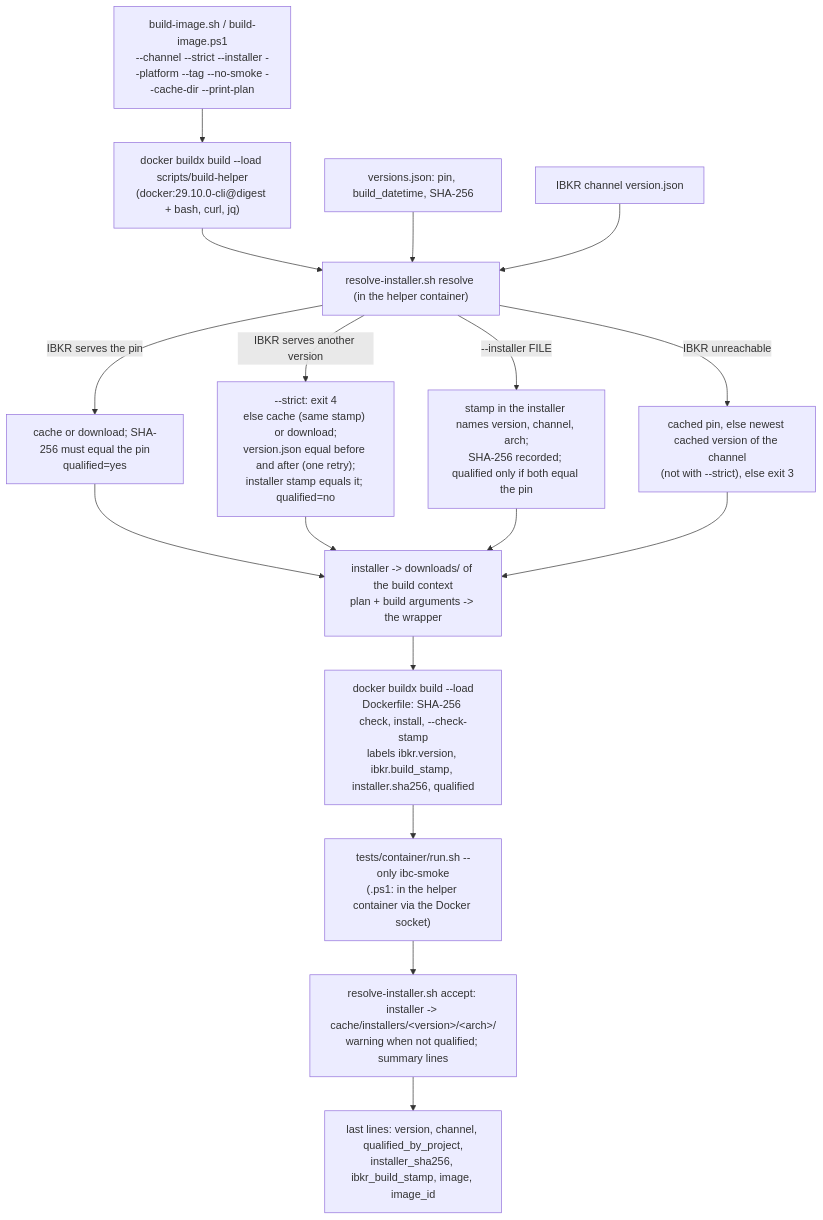
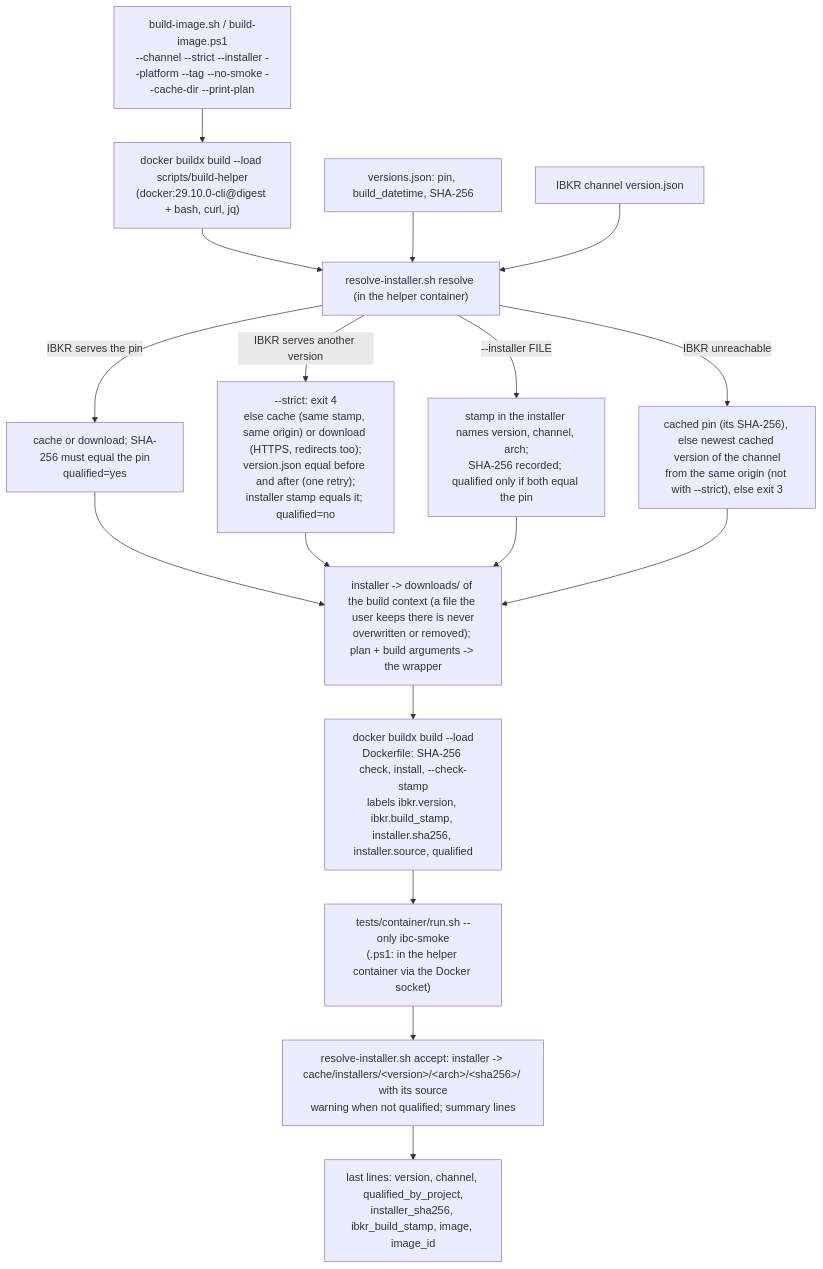
The second of 4 diagrams in docs/architecture.md (RocketEdge/brokersre-ib-gateway), drawn with Mermaid before and after one commit. The commit also changed 7 other files, not shown here.

````diff
--- a/docs/architecture.md
+++ b/docs/architecture.md
@@ -31,17 +31,17 @@
 ```mermaid
 flowchart TB
   user["build-image.sh / build-image.ps1<br/>--channel --strict --installer --platform --tag --no-smoke --cache-dir --print-plan"]
   user --> helperimg["docker buildx build --load scripts/build-helper<br/>(docker:29.10.0-cli@digest + bash, curl, jq)"]
   helperimg --> resolve["resolve-installer.sh resolve (in the helper container)"]
   vj["versions.json: pin, build_datetime, SHA-256"] --> resolve
   vjson["IBKR channel version.json"] --> resolve
   resolve -->|"IBKR serves the pin"| pin["cache or download; SHA-256 must equal the pin<br/>qualified=yes"]
-  resolve -->|"IBKR serves another version"| ff["--strict: exit 4<br/>else cache (same stamp) or download;<br/>version.json equal before and after (one retry);<br/>installer stamp equals it; qualified=no"]
+  resolve -->|"IBKR serves another version"| ff["--strict: exit 4<br/>else cache (same stamp, same origin) or download (HTTPS, redirects too);<br/>version.json equal before and after (one retry);<br/>installer stamp equals it; qualified=no"]
   resolve -->|"--installer FILE"| own["stamp in the installer names version, channel, arch;<br/>SHA-256 recorded; qualified only if both equal the pin"]
-  resolve -->|"IBKR unreachable"| off["cached pin, else newest cached version of the channel<br/>(not with --strict), else exit 3"]
-  pin & ff & own & off --> ctx["installer -> downloads/ of the build context<br/>plan + build arguments -> the wrapper"]
-  ctx --> build["docker buildx build --load<br/>Dockerfile: SHA-256 check, install, --check-stamp<br/>labels ibkr.version, ibkr.build_stamp, installer.sha256, qualified"]
+  resolve -->|"IBKR unreachable"| off["cached pin (its SHA-256), else newest cached version of the channel<br/>from the same origin (not with --strict), else exit 3"]
+  pin & ff & own & off --> ctx["installer -> downloads/ of the build context (a file the user keeps there is never<br/>overwritten or removed); plan + build arguments -> the wrapper"]
+  ctx --> build["docker buildx build --load<br/>Dockerfile: SHA-256 check, install, --check-stamp<br/>labels ibkr.version, ibkr.build_stamp, installer.sha256, installer.source, qualified"]
   build --> smoke["tests/container/run.sh --only ibc-smoke<br/>(.ps1: in the helper container via the Docker socket)"]
-  smoke --> accept["resolve-installer.sh accept: installer -> cache/installers/&lt;version&gt;/&lt;arch&gt;/<br/>warning when not qualified; summary lines"]
+  smoke --> accept["resolve-installer.sh accept: installer -> cache/installers/&lt;version&gt;/&lt;arch&gt;/&lt;sha256&gt;/ with its source<br/>warning when not qualified; summary lines"]
   accept --> out["last lines: version, channel, qualified_by_project,<br/>installer_sha256, ibkr_build_stamp, image, image_id"]
 ```
````
